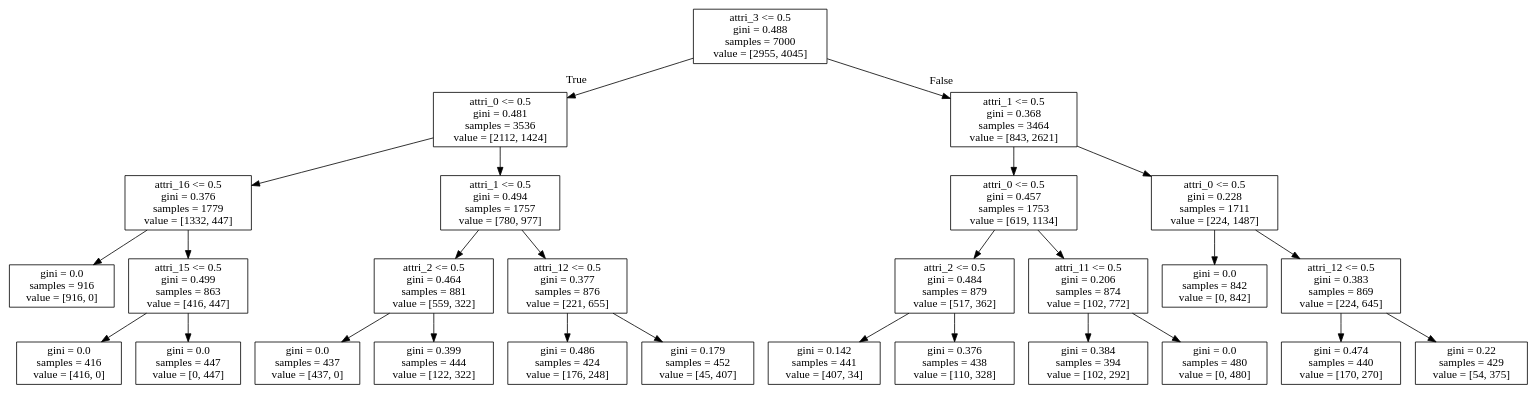
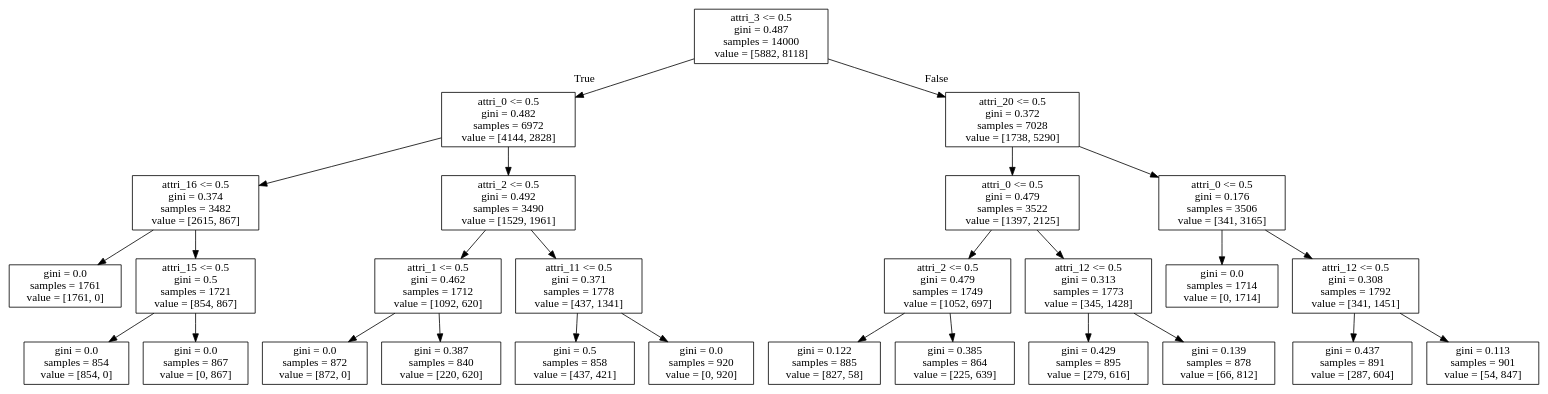
One commit to ElektrischesSchaf/Data_Mining_2019_Projects changed the diagram in Decision_Tree/models/decision_tree_depth4.dot. Above: the diagram before and after it, drawn with Graphviz. The commit also changed 5 other files, not shown here.

```diff
--- a/Decision_Tree/models/decision_tree_depth4.dot
+++ b/Decision_Tree/models/decision_tree_depth4.dot
@@ -1,56 +1,56 @@
 digraph Tree {
 node [shape=box] ;
-0 [label="attri_3 <= 0.5\ngini = 0.488\nsamples = 7000\nvalue = [2955, 4045]"] ;
-1 [label="attri_0 <= 0.5\ngini = 0.481\nsamples = 3536\nvalue = [2112, 1424]"] ;
+0 [label="attri_3 <= 0.5\ngini = 0.487\nsamples = 14000\nvalue = [5882, 8118]"] ;
+1 [label="attri_0 <= 0.5\ngini = 0.482\nsamples = 6972\nvalue = [4144, 2828]"] ;
 0 -> 1 [labeldistance=2.5, labelangle=45, headlabel="True"] ;
-2 [label="attri_16 <= 0.5\ngini = 0.376\nsamples = 1779\nvalue = [1332, 447]"] ;
+2 [label="attri_16 <= 0.5\ngini = 0.374\nsamples = 3482\nvalue = [2615, 867]"] ;
 1 -> 2 ;
-3 [label="gini = 0.0\nsamples = 916\nvalue = [916, 0]"] ;
+3 [label="gini = 0.0\nsamples = 1761\nvalue = [1761, 0]"] ;
 2 -> 3 ;
-4 [label="attri_15 <= 0.5\ngini = 0.499\nsamples = 863\nvalue = [416, 447]"] ;
+4 [label="attri_15 <= 0.5\ngini = 0.5\nsamples = 1721\nvalue = [854, 867]"] ;
 2 -> 4 ;
-5 [label="gini = 0.0\nsamples = 416\nvalue = [416, 0]"] ;
+5 [label="gini = 0.0\nsamples = 854\nvalue = [854, 0]"] ;
 4 -> 5 ;
-6 [label="gini = 0.0\nsamples = 447\nvalue = [0, 447]"] ;
+6 [label="gini = 0.0\nsamples = 867\nvalue = [0, 867]"] ;
 4 -> 6 ;
-7 [label="attri_1 <= 0.5\ngini = 0.494\nsamples = 1757\nvalue = [780, 977]"] ;
+7 [label="attri_2 <= 0.5\ngini = 0.492\nsamples = 3490\nvalue = [1529, 1961]"] ;
 1 -> 7 ;
-8 [label="attri_2 <= 0.5\ngini = 0.464\nsamples = 881\nvalue = [559, 322]"] ;
+8 [label="attri_1 <= 0.5\ngini = 0.462\nsamples = 1712\nvalue = [1092, 620]"] ;
 7 -> 8 ;
-9 [label="gini = 0.0\nsamples = 437\nvalue = [437, 0]"] ;
+9 [label="gini = 0.0\nsamples = 872\nvalue = [872, 0]"] ;
 8 -> 9 ;
-10 [label="gini = 0.399\nsamples = 444\nvalue = [122, 322]"] ;
+10 [label="gini = 0.387\nsamples = 840\nvalue = [220, 620]"] ;
 8 -> 10 ;
-11 [label="attri_12 <= 0.5\ngini = 0.377\nsamples = 876\nvalue = [221, 655]"] ;
+11 [label="attri_11 <= 0.5\ngini = 0.371\nsamples = 1778\nvalue = [437, 1341]"] ;
 7 -> 11 ;
-12 [label="gini = 0.486\nsamples = 424\nvalue = [176, 248]"] ;
+12 [label="gini = 0.5\nsamples = 858\nvalue = [437, 421]"] ;
 11 -> 12 ;
-13 [label="gini = 0.179\nsamples = 452\nvalue = [45, 407]"] ;
+13 [label="gini = 0.0\nsamples = 920\nvalue = [0, 920]"] ;
 11 -> 13 ;
-14 [label="attri_1 <= 0.5\ngini = 0.368\nsamples = 3464\nvalue = [843, 2621]"] ;
+14 [label="attri_20 <= 0.5\ngini = 0.372\nsamples = 7028\nvalue = [1738, 5290]"] ;
 0 -> 14 [labeldistance=2.5, labelangle=-45, headlabel="False"] ;
-15 [label="attri_0 <= 0.5\ngini = 0.457\nsamples = 1753\nvalue = [619, 1134]"] ;
+15 [label="attri_0 <= 0.5\ngini = 0.479\nsamples = 3522\nvalue = [1397, 2125]"] ;
 14 -> 15 ;
-16 [label="attri_2 <= 0.5\ngini = 0.484\nsamples = 879\nvalue = [517, 362]"] ;
+16 [label="attri_2 <= 0.5\ngini = 0.479\nsamples = 1749\nvalue = [1052, 697]"] ;
 15 -> 16 ;
-17 [label="gini = 0.142\nsamples = 441\nvalue = [407, 34]"] ;
+17 [label="gini = 0.122\nsamples = 885\nvalue = [827, 58]"] ;
 16 -> 17 ;
-18 [label="gini = 0.376\nsamples = 438\nvalue = [110, 328]"] ;
+18 [label="gini = 0.385\nsamples = 864\nvalue = [225, 639]"] ;
 16 -> 18 ;
-19 [label="attri_11 <= 0.5\ngini = 0.206\nsamples = 874\nvalue = [102, 772]"] ;
+19 [label="attri_12 <= 0.5\ngini = 0.313\nsamples = 1773\nvalue = [345, 1428]"] ;
 15 -> 19 ;
-20 [label="gini = 0.384\nsamples = 394\nvalue = [102, 292]"] ;
+20 [label="gini = 0.429\nsamples = 895\nvalue = [279, 616]"] ;
 19 -> 20 ;
-21 [label="gini = 0.0\nsamples = 480\nvalue = [0, 480]"] ;
+21 [label="gini = 0.139\nsamples = 878\nvalue = [66, 812]"] ;
 19 -> 21 ;
-22 [label="attri_0 <= 0.5\ngini = 0.228\nsamples = 1711\nvalue = [224, 1487]"] ;
+22 [label="attri_0 <= 0.5\ngini = 0.176\nsamples = 3506\nvalue = [341, 3165]"] ;
 14 -> 22 ;
-23 [label="gini = 0.0\nsamples = 842\nvalue = [0, 842]"] ;
+23 [label="gini = 0.0\nsamples = 1714\nvalue = [0, 1714]"] ;
 22 -> 23 ;
-24 [label="attri_12 <= 0.5\ngini = 0.383\nsamples = 869\nvalue = [224, 645]"] ;
+24 [label="attri_12 <= 0.5\ngini = 0.308\nsamples = 1792\nvalue = [341, 1451]"] ;
 22 -> 24 ;
-25 [label="gini = 0.474\nsamples = 440\nvalue = [170, 270]"] ;
+25 [label="gini = 0.437\nsamples = 891\nvalue = [287, 604]"] ;
 24 -> 25 ;
-26 [label="gini = 0.22\nsamples = 429\nvalue = [54, 375]"] ;
+26 [label="gini = 0.113\nsamples = 901\nvalue = [54, 847]"] ;
 24 -> 26 ;
 }
```
